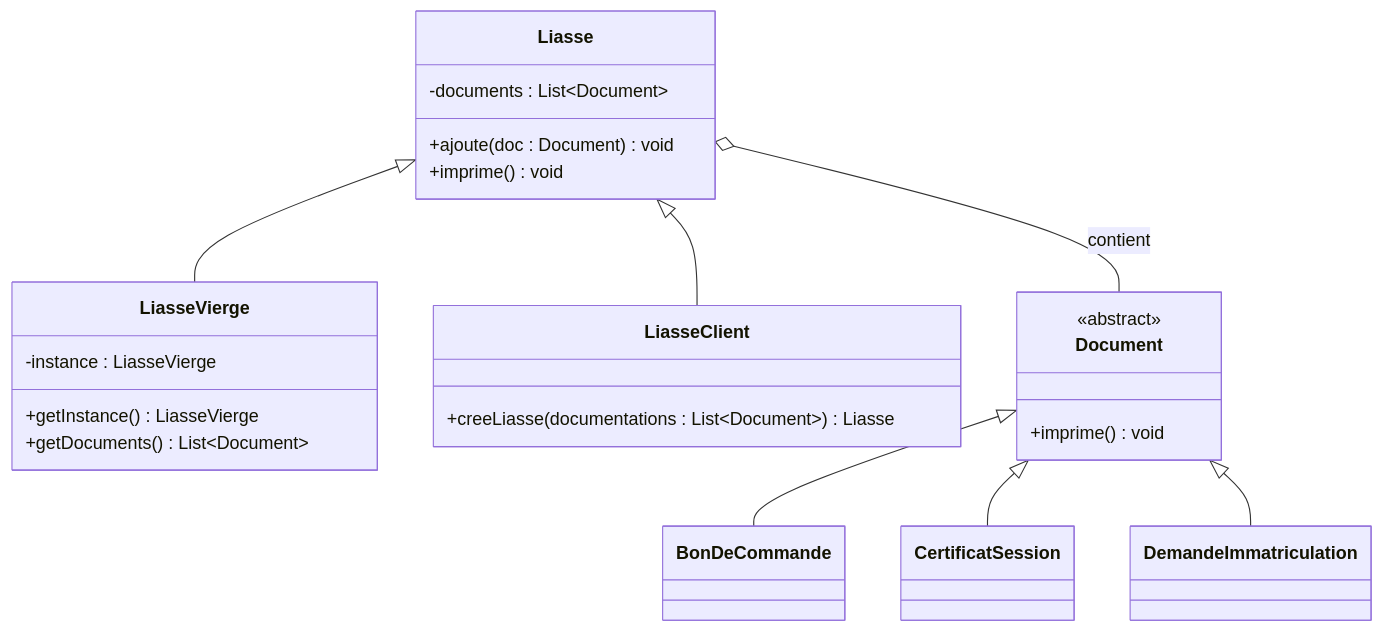
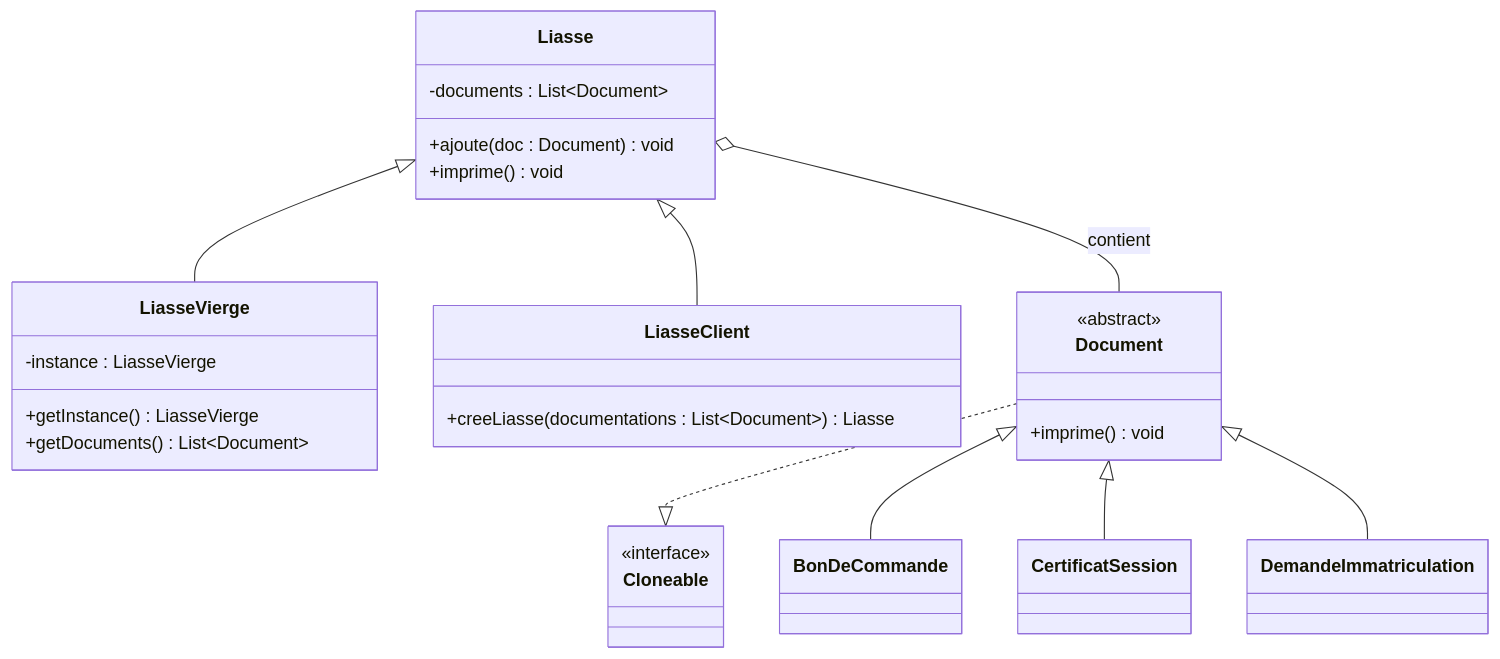
The diagram in README.md (Maroua512/Singleton_Pattern), drawn with Mermaid before and after one commit.

Commit message:
Mise à jour du fichier Readme par l'ajout de la interface Cloneable

````diff
--- a/README.md
+++ b/README.md
@@ -14,35 +14,40 @@
 ```mermaid
 classDiagram
     class Liasse {
         -documents : List~Document~
         +ajoute(doc : Document) void
         +imprime() void
     }
 
     class LiasseVierge {
         -instance : LiasseVierge
         +getInstance() LiasseVierge
         +getDocuments() List~Document~
     }
 
     class LiasseClient {
         +creeLiasse(documentations : List~Document~) Liasse
     }
 
     class Document {
         <<abstract>>
         +imprime() void
     }
 
+    class Cloneable {
+        <<interface>>
+    }
+
     class BonDeCommande
     class CertificatSession
     class DemandeImmatriculation
 
+    Document ..|> Cloneable
     Document <|-- BonDeCommande
     Document <|-- CertificatSession
     Document <|-- DemandeImmatriculation
 
     Liasse o-- Document : contient
     Liasse <|-- LiasseClient
     Liasse <|-- LiasseVierge
 ```
````
